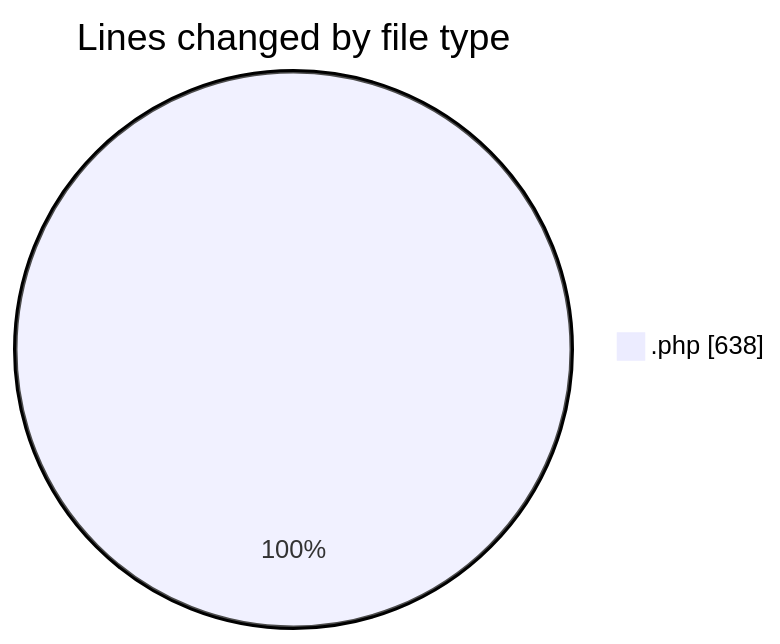
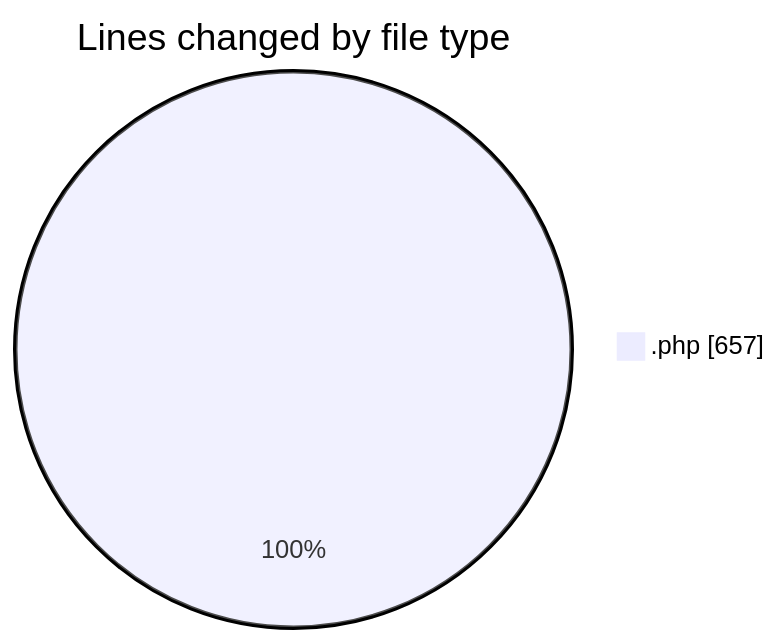
One commit to debugP/code-tracking changed the first of 2 diagrams in 2026-08-06/untitled__workspace_/README.md. Above: the diagram before and after it, drawn with Mermaid. The commit also changed other lines of this file and 1 other file, not shown here.

````diff
--- a/2026-08-06/untitled__workspace_/README.md
+++ b/2026-08-06/untitled__workspace_/README.md
@@ -20,5 +20,5 @@
 ```mermaid
 pie showData
 title Lines changed by file type
-".php" : 638
+".php" : 657
 ```
````
